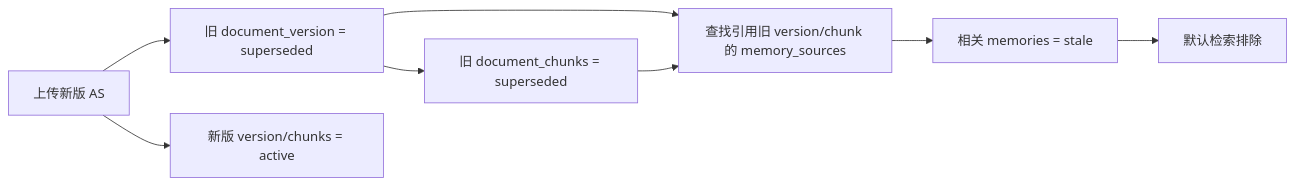
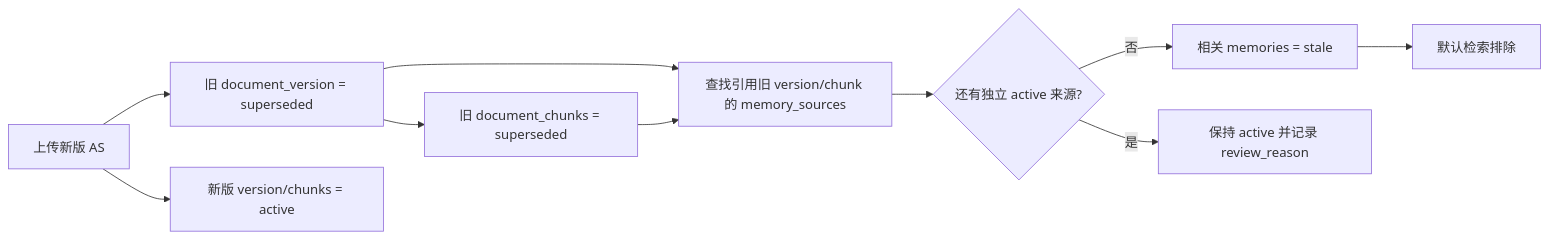
One commit to yaowensial-g/chipDesignAgent changed the fifth of 10 diagrams in docs/architecture-overview.md. Above: the diagram before and after it, drawn with Mermaid. The commit also changed other lines of this file and 19 other files, not shown here.

````diff
--- a/docs/architecture-overview.md
+++ b/docs/architecture-overview.md
@@ -397,10 +397,12 @@
 ```mermaid
 flowchart LR
     New[上传新版 AS] --> OldVersion[旧 document_version = superseded]
     OldVersion --> OldChunks[旧 document_chunks = superseded]
     OldVersion --> Sources[查找引用旧 version/chunk 的 memory_sources]
     OldChunks --> Sources
-    Sources --> Stale[相关 memories = stale]
+    Sources --> Check{还有独立 active 来源?}
+    Check -- 否 --> Stale[相关 memories = stale]
+    Check -- 是 --> Keep[保持 active 并记录 review_reason]
     Stale --> Exclude[默认检索排除]
     New --> Active[新版 version/chunks = active]
 ```
````
